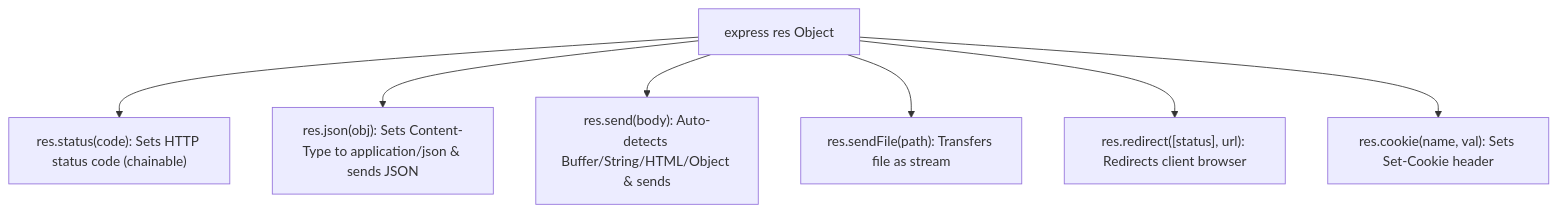
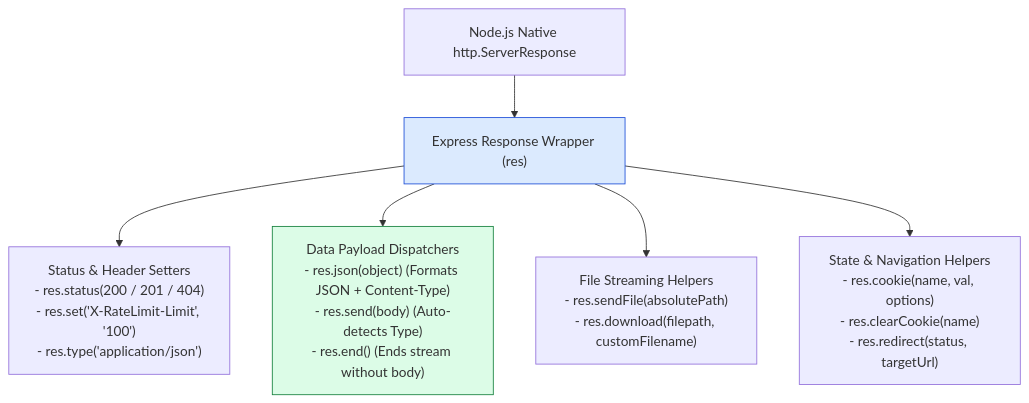
Before and after one commit to Amie-dev/engineering-playbook: the first of 3 diagrams in express-notes/07-response-object.md, drawn with Mermaid. The commit also changed other lines of this file and 26 other files, not shown here.

````diff
--- a/express-notes/07-response-object.md
+++ b/express-notes/07-response-object.md
@@ -10,9 +13,12 @@
 ```mermaid
-graph TD
-    Res[express res Object] --> Status["res.status(code): Sets HTTP status code (chainable)"]
-    Res --> JSON["res.json(obj): Sets Content-Type to application/json & sends JSON"]
-    Res --> Send["res.send(body): Auto-detects Buffer/String/HTML/Object & sends"]
-    Res --> File["res.sendFile(path): Transfers file as stream"]
-    Res --> Redirect["res.redirect([status], url): Redirects client browser"]
-    Res --> Cookie["res.cookie(name, val): Sets Set-Cookie header"]
+flowchart TD
+    NativeRes["Node.js Native http.ServerResponse"] --> ExpressRes["Express Response Wrapper (res)"]
+
+    ExpressRes --> Chaining["Status & Header Setters<br/>- res.status(200 / 201 / 404)<br/>- res.set('X-RateLimit-Limit', '100')<br/>- res.type('application/json')"]
+    ExpressRes --> DataDispatch["Data Payload Dispatchers<br/>- res.json(object) (Formats JSON + Content-Type)<br/>- res.send(body) (Auto-detects Type)<br/>- res.end() (Ends stream without body)"]
+    ExpressRes --> FileTransfers["File Streaming Helpers<br/>- res.sendFile(absolutePath)<br/>- res.download(filepath, customFilename)"]
+    ExpressRes --> CookieRedirects["State & Navigation Helpers<br/>- res.cookie(name, val, options)<br/>- res.clearCookie(name)<br/>- res.redirect(status, targetUrl)"]
+
+    style ExpressRes fill:#dbeafe,stroke:#1d4ed8
+    style DataDispatch fill:#dcfce7,stroke:#15803d
 ```
````
